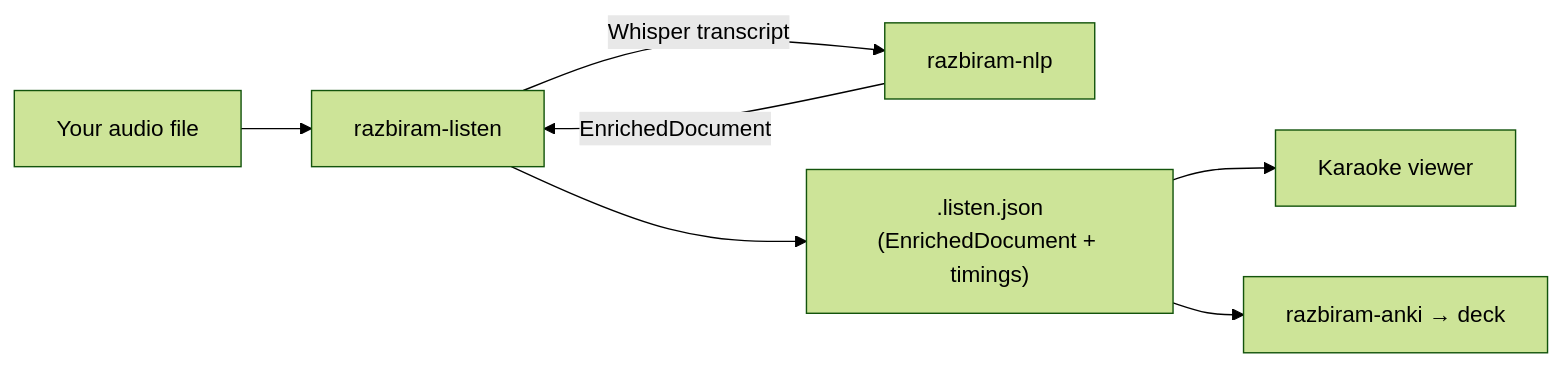
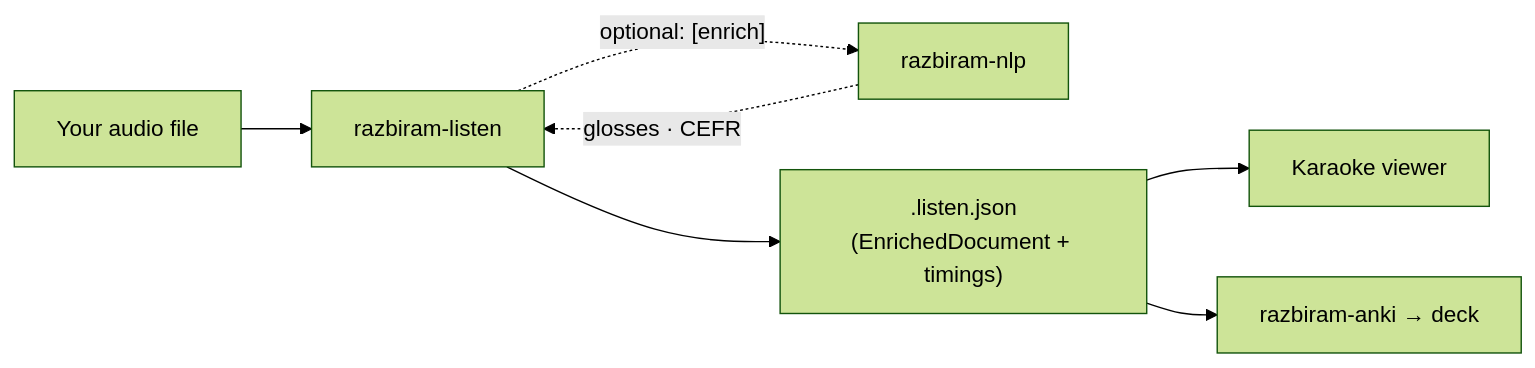
One commit to leonkoellerwirth-arch/razbiram-listen changed the diagram in README.md. Above: the diagram before and after it, drawn with Mermaid (forest theme). The commit also changed other lines of this file and 7 other files, not shown here.

````diff
--- a/README.md
+++ b/README.md
@@ -29,9 +31,9 @@
 ```mermaid
 flowchart LR
     A[Your audio file] --> L[razbiram-listen]
-    L -->|Whisper transcript| E[razbiram-nlp]
-    E -->|EnrichedDocument| L
+    L -.->|"optional: [enrich]"| E[razbiram-nlp]
+    E -.->|glosses · CEFR| L
     L --> J[".listen.json<br/>(EnrichedDocument + timings)"]
     J --> V[Karaoke viewer]
     J --> K[razbiram-anki → deck]
 ```
````
